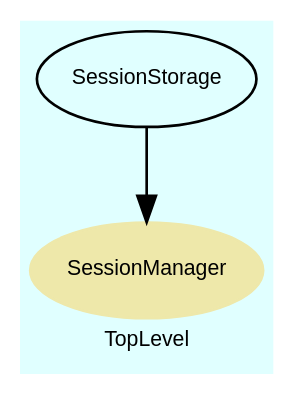
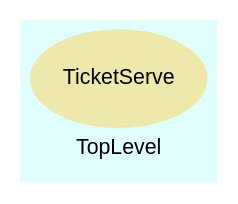
Before and after one commit to rsence/rsence: the diagram in trunk/server/doc/rdoc/dot/f_13.dot, drawn with Graphviz. The commit also changed 130 other files, not shown here.

```diff
--- a/trunk/server/doc/rdoc/dot/f_13.dot
+++ b/trunk/server/doc/rdoc/dot/f_13.dot
@@ -1,31 +1,22 @@
 digraph TopLevel {
     compound = true
     bgcolor = lightcyan1
     fontname = Arial
     fontsize = 8
     label = "TopLevel"
     node [
         fontname = Arial,
         fontsize = 8,
         color = black
     ]
 
-    SessionManager [
+    TicketServe [
         fontcolor = black,
-        URL = "classes/SessionManager.html",
+        URL = "classes/TicketServe.html",
         shape = ellipse,
         color = palegoldenrod,
         style = filled,
-        label = "SessionManager"
-    ]
-
-    SessionStorage [
-        URL = "classes/SessionStorage.html",
-        label = "SessionStorage"
-    ]
-
-    SessionStorage -> SessionManager [
-
+        label = "TicketServe"
     ]
 
 }
```
